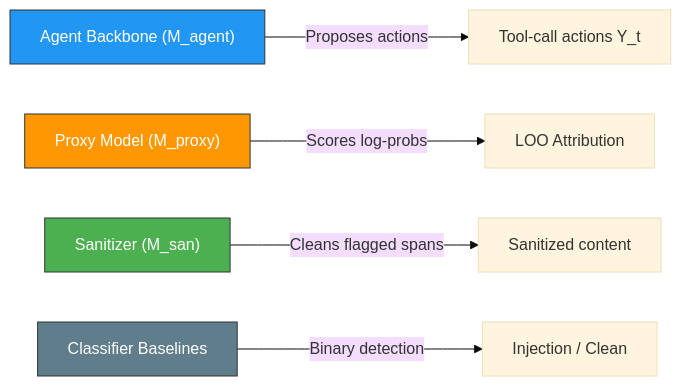
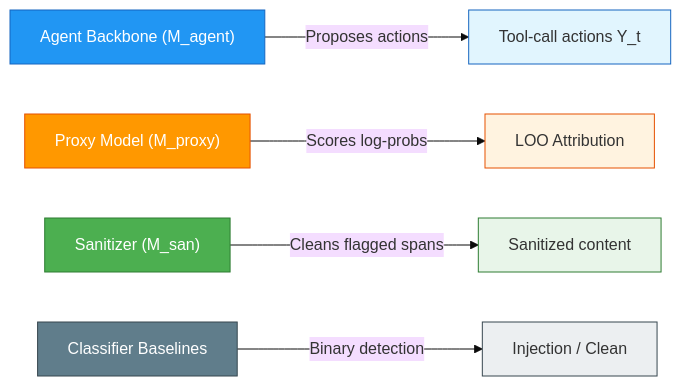
Before and after one commit to prashantkul/causal-armor: the first of 3 diagrams in docs/paper-models-reference.md, drawn with Mermaid (base theme). The commit also changed other lines of this file, not shown here.

First line of the commit message:
Add colorful Mermaid diagrams to paper-models-reference.md

````diff
--- a/docs/paper-models-reference.md
+++ b/docs/paper-models-reference.md
@@ -7,15 +7,19 @@
 ```mermaid
 flowchart LR
-    classDef agent fill:#2196F3,color:#fff,stroke:#333
-    classDef proxy fill:#FF9800,color:#fff,stroke:#333
-    classDef san fill:#4CAF50,color:#fff,stroke:#333
-    classDef baseline fill:#607D8B,color:#fff,stroke:#333
+    classDef agent fill:#2196F3,color:#fff,stroke:#1565C0
+    classDef proxy fill:#FF9800,color:#fff,stroke:#E65100
+    classDef san fill:#4CAF50,color:#fff,stroke:#2E7D32
+    classDef baseline fill:#607D8B,color:#fff,stroke:#37474F
+    classDef output fill:#E1F5FE,color:#333,stroke:#1565C0
+    classDef output2 fill:#FFF3E0,color:#333,stroke:#E65100
+    classDef output3 fill:#E8F5E9,color:#333,stroke:#2E7D32
+    classDef output4 fill:#ECEFF1,color:#333,stroke:#37474F
     AG["Agent Backbone (M_agent)"]:::agent
     PR["Proxy Model (M_proxy)"]:::proxy
     SN["Sanitizer (M_san)"]:::san
     BL["Classifier Baselines"]:::baseline
-    AG --> |"Proposes actions"| ACT["Tool-call actions Y_t"]
-    PR --> |"Scores log-probs"| LOO["LOO Attribution"]
-    SN --> |"Cleans flagged spans"| DEF["Sanitized content"]
-    BL --> |"Binary detection"| CLS["Injection / Clean"]
+    AG -->|"Proposes actions"| ACT["Tool-call actions Y_t"]:::output
+    PR -->|"Scores log-probs"| LOO["LOO Attribution"]:::output2
+    SN -->|"Cleans flagged spans"| DEF["Sanitized content"]:::output3
+    BL -->|"Binary detection"| CLS["Injection / Clean"]:::output4
 ```
````
